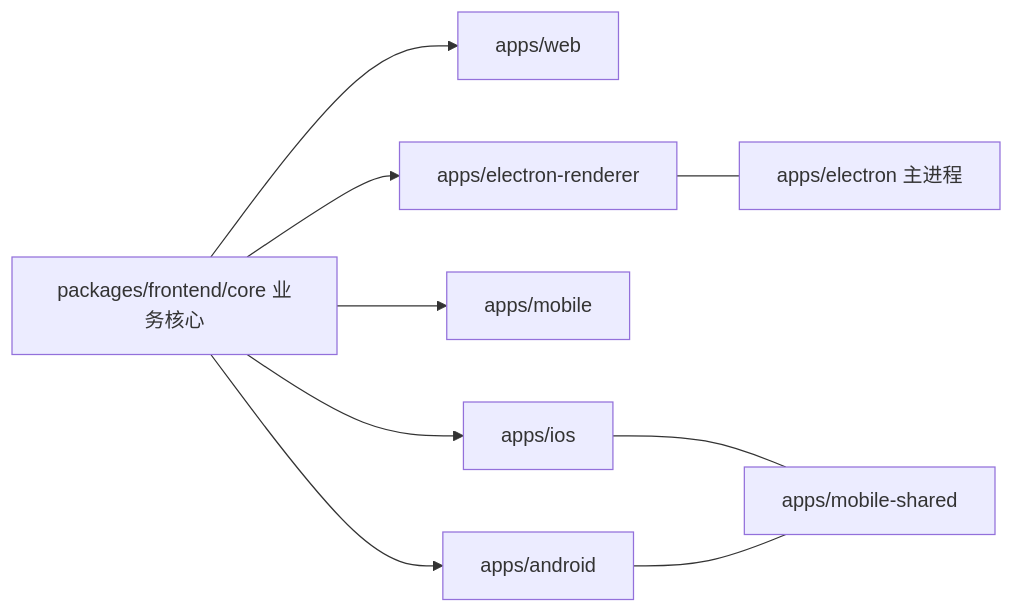
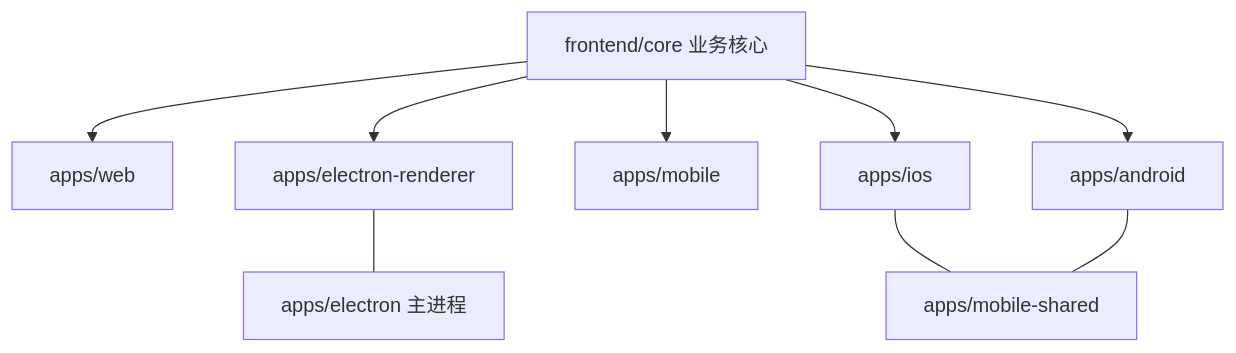
The second of 4 diagrams in learning-guide/slides/decks/02.md (lfire/AFFiNE), drawn with Mermaid before and after one commit. The commit also changed other lines of this file and 46 other files, not shown here.

````diff
--- a/learning-guide/slides/decks/02.md
+++ b/learning-guide/slides/decks/02.md
@@ -108,11 +145,11 @@
 ```mermaid
-flowchart LR
-    CORE["packages/frontend/core 业务核心"] --> WEB["apps/web"]
-    CORE --> ER["apps/electron-renderer"]
-    CORE --> MOB["apps/mobile"]
-    CORE --> IOS["apps/ios"]
-    CORE --> AND["apps/android"]
-    ER --- EM["apps/electron 主进程"]
-    IOS --- MS["apps/mobile-shared"]
-    AND --- MS
+flowchart TB
+  CORE["frontend/core 业务核心"] --> WEB["apps/web"]
+  CORE --> ER["apps/electron-renderer"]
+  CORE --> MOB["apps/mobile"]
+  CORE --> IOS["apps/ios"]
+  CORE --> AND["apps/android"]
+  ER --- EM["apps/electron 主进程"]
+  IOS --- MS["apps/mobile-shared"]
+  AND --- MS
 ```
````
